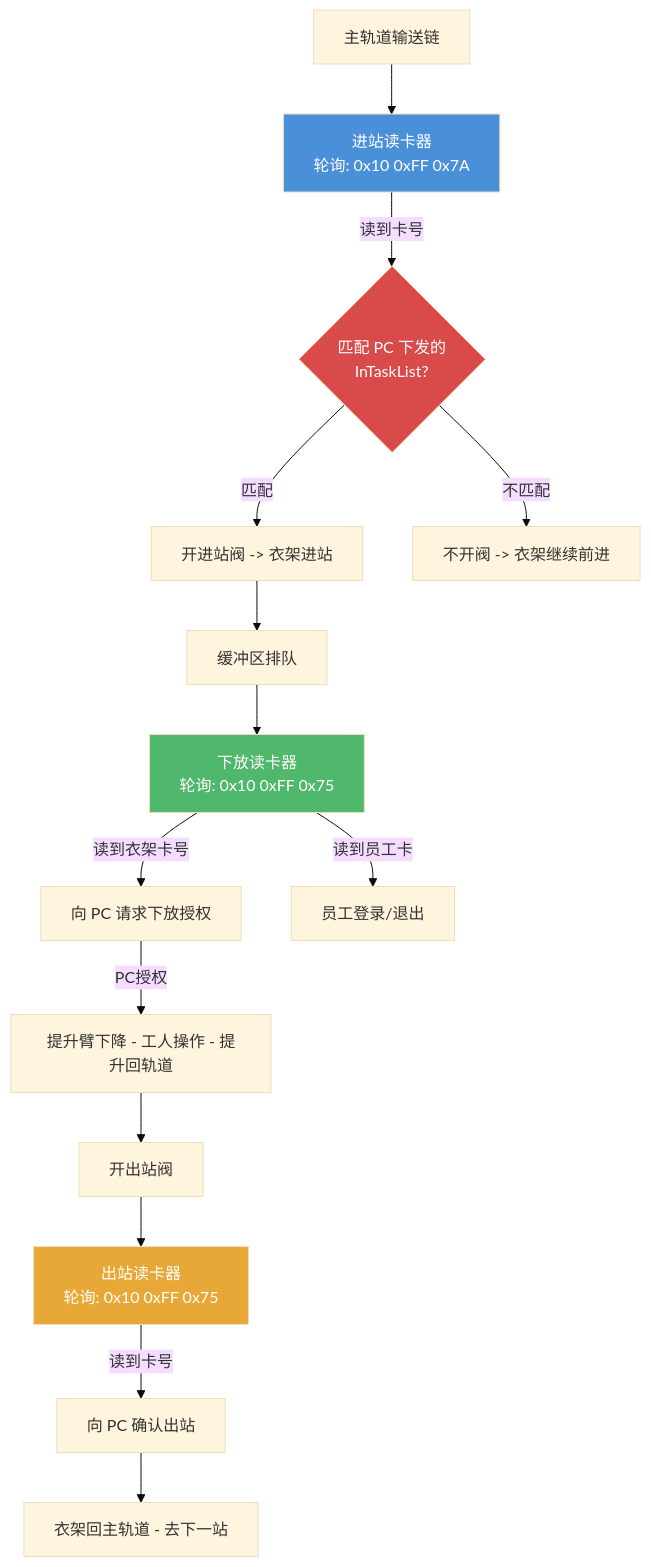
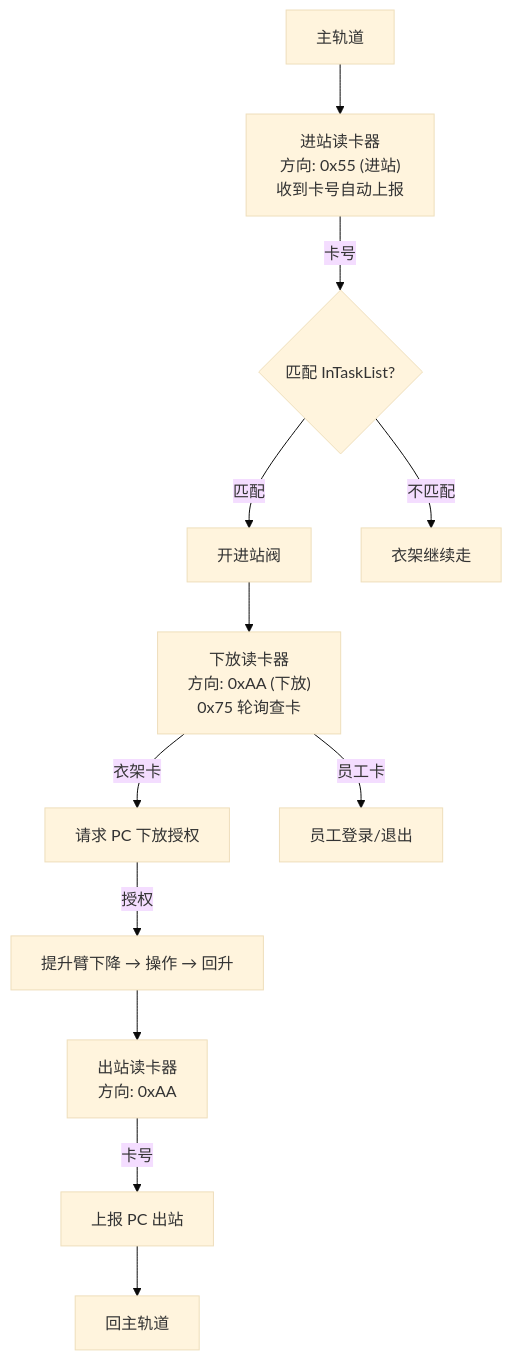
One commit to Siaiai/ObsidianNote changed the tenth of 10 diagrams in 工作/SR3读卡器/260802SR3读卡器需求.md. Above: the diagram before and after it, drawn with Mermaid (base theme). The commit also changed other lines of this file, not shown here.

````diff
--- a/工作/SR3读卡器/260802SR3读卡器需求.md
+++ b/工作/SR3读卡器/260802SR3读卡器需求.md
@@ -687,23 +758,18 @@
 ```mermaid
 flowchart TD
-    Rail["主轨道输送链"] --> EntryReader["进站读卡器<br/>轮询: 0x10 0xFF 0x7A"]
-    EntryReader -->|"读到卡号"| Match{"匹配 PC 下发的<br/>InTaskList?"}
-    Match -->|"匹配"| InValve["开进站阀 -> 衣架进站"]
-    Match -->|"不匹配"| RailContinue["不开阀 -> 衣架继续前进"]
+    Rail["主轨道"] --> EntryReader["进站读卡器<br/>方向: 0x55 (进站)<br/>收到卡号自动上报"]
 
-    InValve --> Buffer["缓冲区排队"]
-    Buffer --> StoreReader["下放读卡器<br/>轮询: 0x10 0xFF 0x75"]
-    StoreReader -->|"读到衣架卡号"| ReqAuth["向 PC 请求下放授权"]
-    StoreReader -->|"读到员工卡"| EmpLogin["员工登录/退出"]
-    ReqAuth -->|"PC授权"| Lift["提升臂下降 - 工人操作 - 提升回轨道"]
+    EntryReader -->|"卡号"| Match{"匹配 InTaskList?"}
+    Match -->|匹配| InValve["开进站阀"]
+    Match -->|不匹配| Pass["衣架继续走"]
 
-    Lift --> OutValve["开出站阀"]
-    OutValve --> OutReader["出站读卡器<br/>轮询: 0x10 0xFF 0x75"]
-    OutReader -->|"读到卡号"| RptOut["向 PC 确认出站"]
-    RptOut --> RailReturn["衣架回主轨道 - 去下一站"]
+    InValve --> StoreReader["下放读卡器<br/>方向: 0xAA (下放)<br/>0x75 轮询查卡"]
 
-    style EntryReader fill:#4A90D9,color:#fff
-    style StoreReader fill:#50B86C,color:#fff
-    style OutReader fill:#E8A838,color:#fff
-    style Match fill:#D94A4A,color:#fff
+    StoreReader -->|衣架卡| ReqAuth["请求 PC 下放授权"]
+    StoreReader -->|员工卡| EmpLogin["员工登录/退出"]
+
+    ReqAuth -->|授权| Lift["提升臂下降 → 操作 → 回升"]
+    Lift --> OutReader["出站读卡器<br/>方向: 0xAA"]
+    OutReader -->|卡号| RptOut["上报 PC 出站"]
+    RptOut --> RailReturn["回主轨道"]
 ```
````
